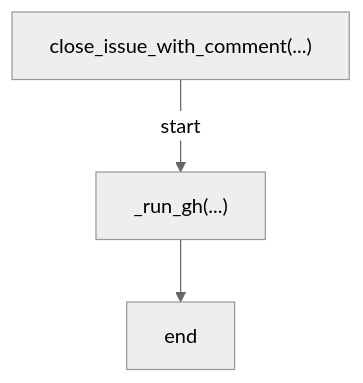
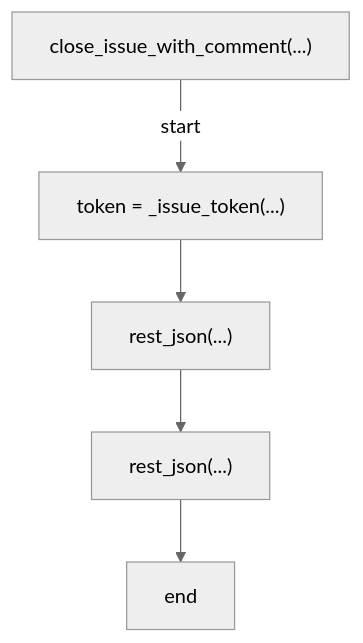
Diagram 29 of 38 in docs/generated/scripts/ast/ruleset_drift.md (tvna/claude-md), drawn with Mermaid (neutral theme) before and after one commit. The commit also changed other lines of this file and 15 other files, not shown here.

First line of the commit message:
docs(generated): regenerate decision tree and workflow diagrams

````diff
--- a/docs/generated/scripts/ast/ruleset_drift.md
+++ b/docs/generated/scripts/ast/ruleset_drift.md
@@ -366,8 +368,12 @@
 ```mermaid
 flowchart TD
     N001["close_issue_with_comment(...)"]
-    N002["_run_gh(...)"]
-    N003["end"]
+    N002["token = _issue_token(...)"]
+    N003["rest_json(...)"]
+    N004["rest_json(...)"]
+    N005["end"]
     N001 -->|"start"| N002
     N002 --> N003
+    N003 --> N004
+    N004 --> N005
 ```
````
